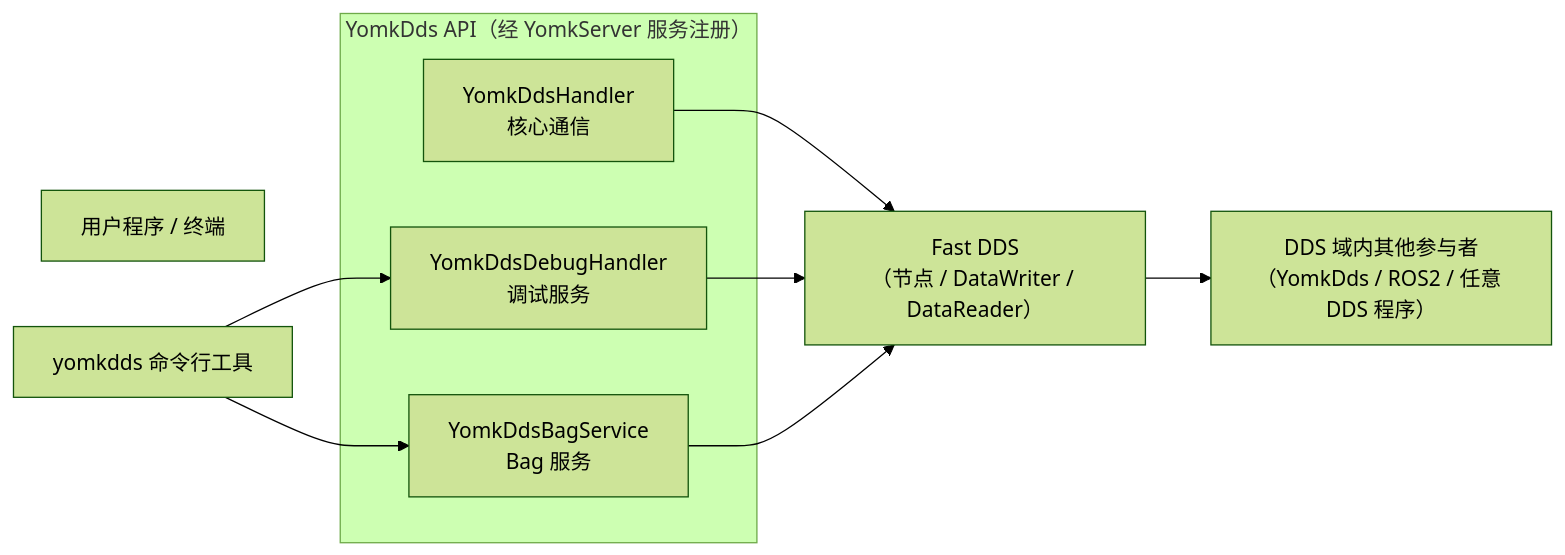
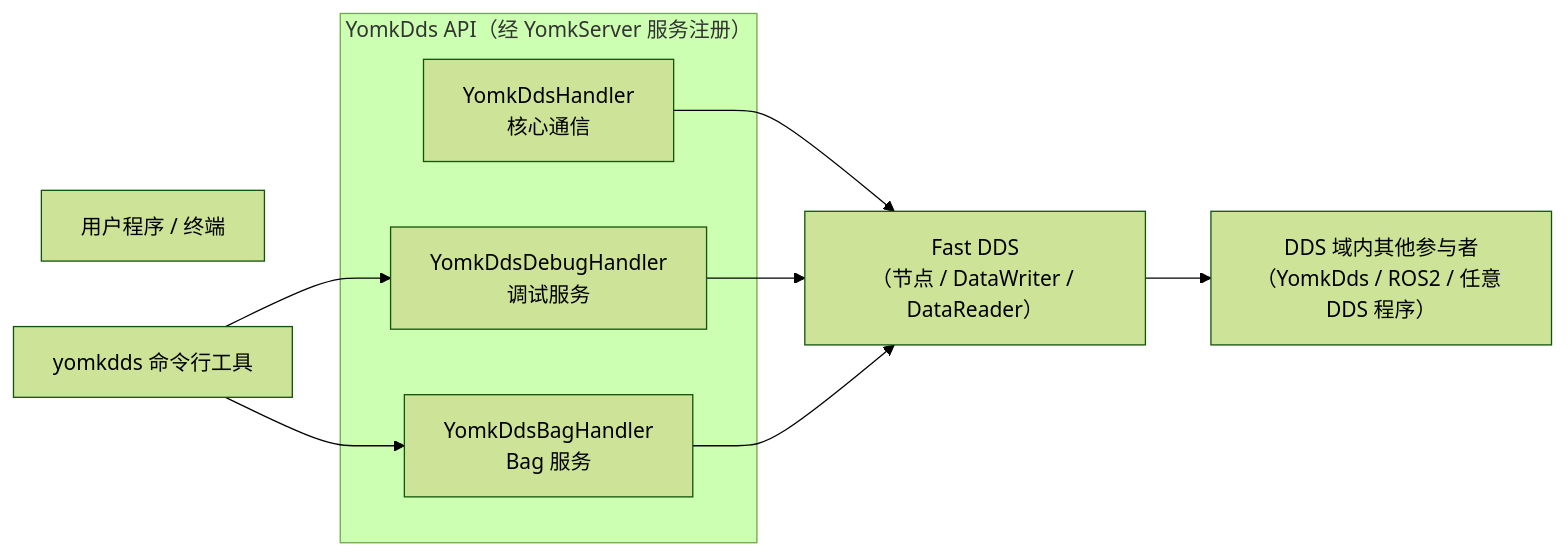
Before and after one commit to Solitude-5309/YomkDds: the diagram in docs/features/README.md, drawn with Mermaid (forest theme). The commit also changed other lines of this file and 24 other files, not shown here.

Commit message:
refactor!: rename bag suite to YomkDdsBagHandler and move routes to /YomkDdsBagHandler/*

````diff
--- a/docs/features/README.md
+++ b/docs/features/README.md
@@ -12,19 +12,19 @@
 ```mermaid
 flowchart LR
     U["用户程序 / 终端"]
 
     subgraph YomkDds["YomkDds API（经 YomkServer 服务注册）"]
         S1["YomkDdsHandler<br>核心通信"]
         S2["YomkDdsDebugHandler<br>调试服务"]
-        S3["YomkDdsBagService<br>Bag 服务"]
+        S3["YomkDdsBagHandler<br>Bag 服务"]
     end
 
     CLI["yomkdds 命令行工具"]
 
     S1 --> D["Fast DDS<br>（节点 / DataWriter / DataReader）"]
     S2 --> D
     S3 --> D
     CLI --> S2
     CLI --> S3
     D --> N["DDS 域内其他参与者<br>（YomkDds / ROS2 / 任意 DDS 程序）"]
 ```
````
